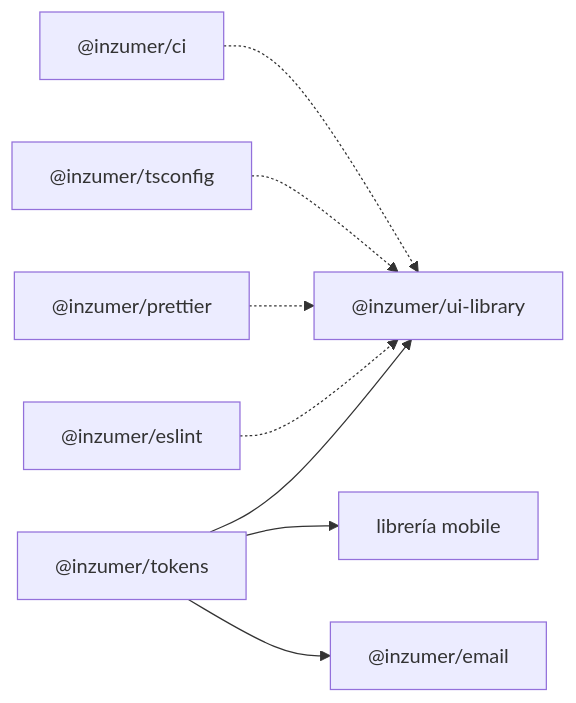
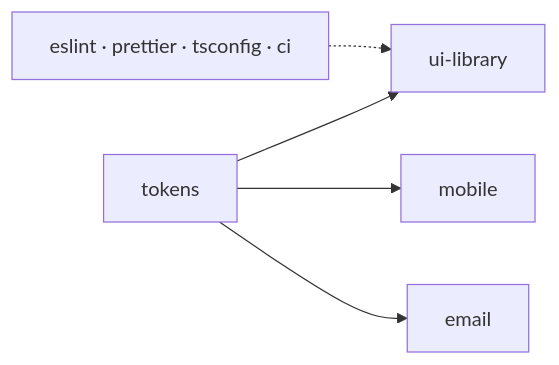
The diagram in src/content/docs/paquetes/index.md (inzumer/inzumer-docs), drawn with Mermaid before and after one commit. The commit also changed other lines of this file and 8 other files, not shown here.

````diff
--- a/src/content/docs/paquetes/index.md
+++ b/src/content/docs/paquetes/index.md
@@ -9,10 +10,7 @@
 ```mermaid
 flowchart LR
-  tokens["@inzumer/tokens"] --> ui["@inzumer/ui-library"]
-  tokens --> native["librería mobile"]
-  tokens --> email["@inzumer/email"]
-  eslint["@inzumer/eslint"] -.-> ui
-  prettier["@inzumer/prettier"] -.-> ui
-  tsconfig["@inzumer/tsconfig"] -.-> ui
-  ci["@inzumer/ci"] -.-> ui
+  tokens["tokens"] --> ui["ui-library"]
+  tokens --> native["mobile"]
+  tokens --> email["email"]
+  config["eslint · prettier · tsconfig · ci"] -.-> ui
 ```
````
